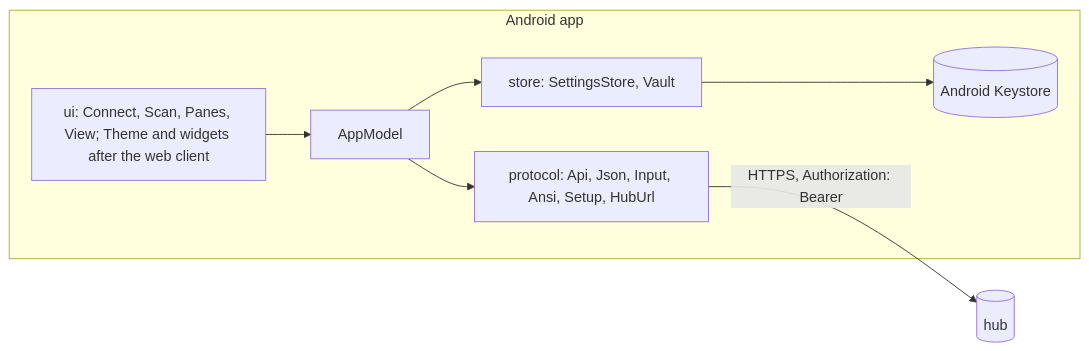
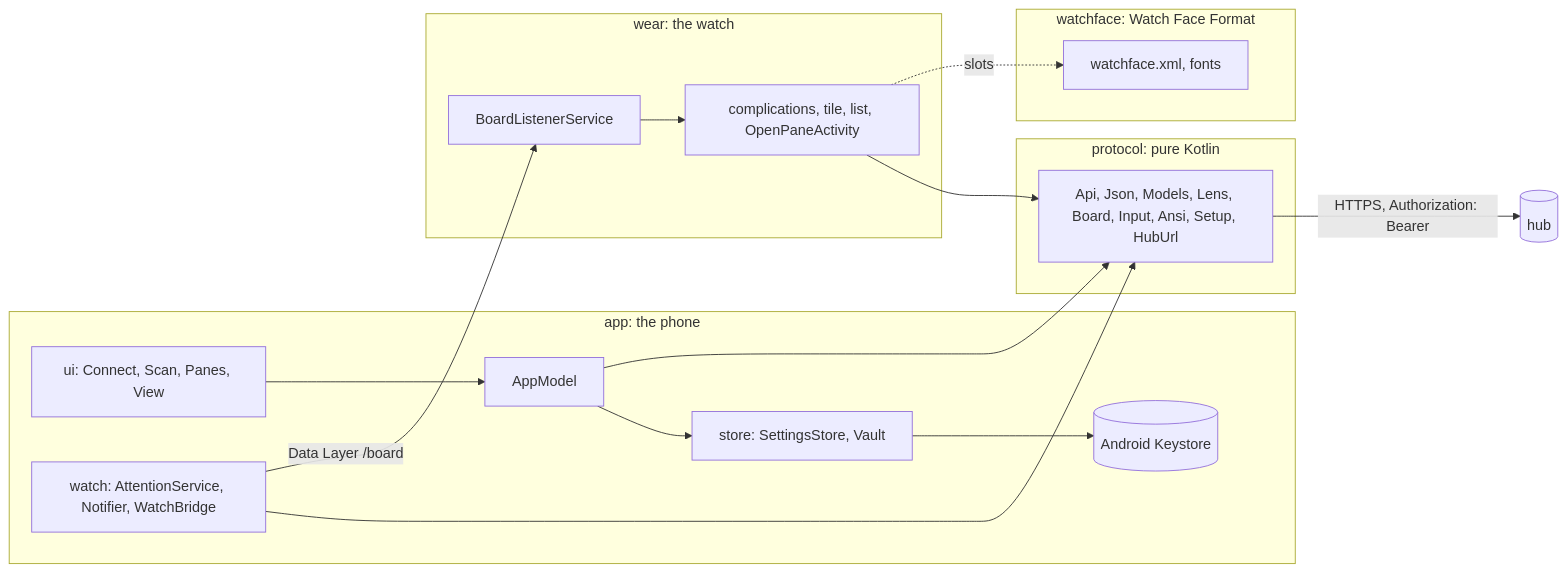
Before and after one commit to notmarkopadjen/muxway-android: the first of 5 diagrams in docs/ARCHITECTURE.md, drawn with Mermaid. The commit also changed other lines of this file and 10 other files, not shown here.

Commit message:
Docs: the watch and phone notifications; plan and review; 0.7.0

````diff
--- a/docs/ARCHITECTURE.md
+++ b/docs/ARCHITECTURE.md
@@ -9,10 +11,23 @@
 ```mermaid
 flowchart LR
-    subgraph app[Android app]
-        UI[ui: Connect, Scan, Panes, View; Theme and widgets after the web client] --> M[AppModel]
-        M --> P[protocol: Api, Json, Input, Ansi, Setup, HubUrl]
+    subgraph protocol[protocol: pure Kotlin]
+        P[Api, Json, Models, Lens, Board, Input, Ansi, Setup, HubUrl]
+    end
+    subgraph app[app: the phone]
+        UI[ui: Connect, Scan, Panes, View] --> M[AppModel]
         M --> S[store: SettingsStore, Vault]
         S --> KS[(Android Keystore)]
+        W[watch: AttentionService, Notifier, WatchBridge]
     end
+    subgraph wear[wear: the watch]
+        L[BoardListenerService] --> C[complications, tile, list, OpenPaneActivity]
+    end
+    subgraph watchface[watchface: Watch Face Format]
+        F[watchface.xml, fonts]
+    end
+    M & W --> P
+    C --> P
     P -- "HTTPS, Authorization: Bearer" --> H[(hub)]
+    W -- "Data Layer /board" --> L
+    C -. slots .-> F
 ```
````
